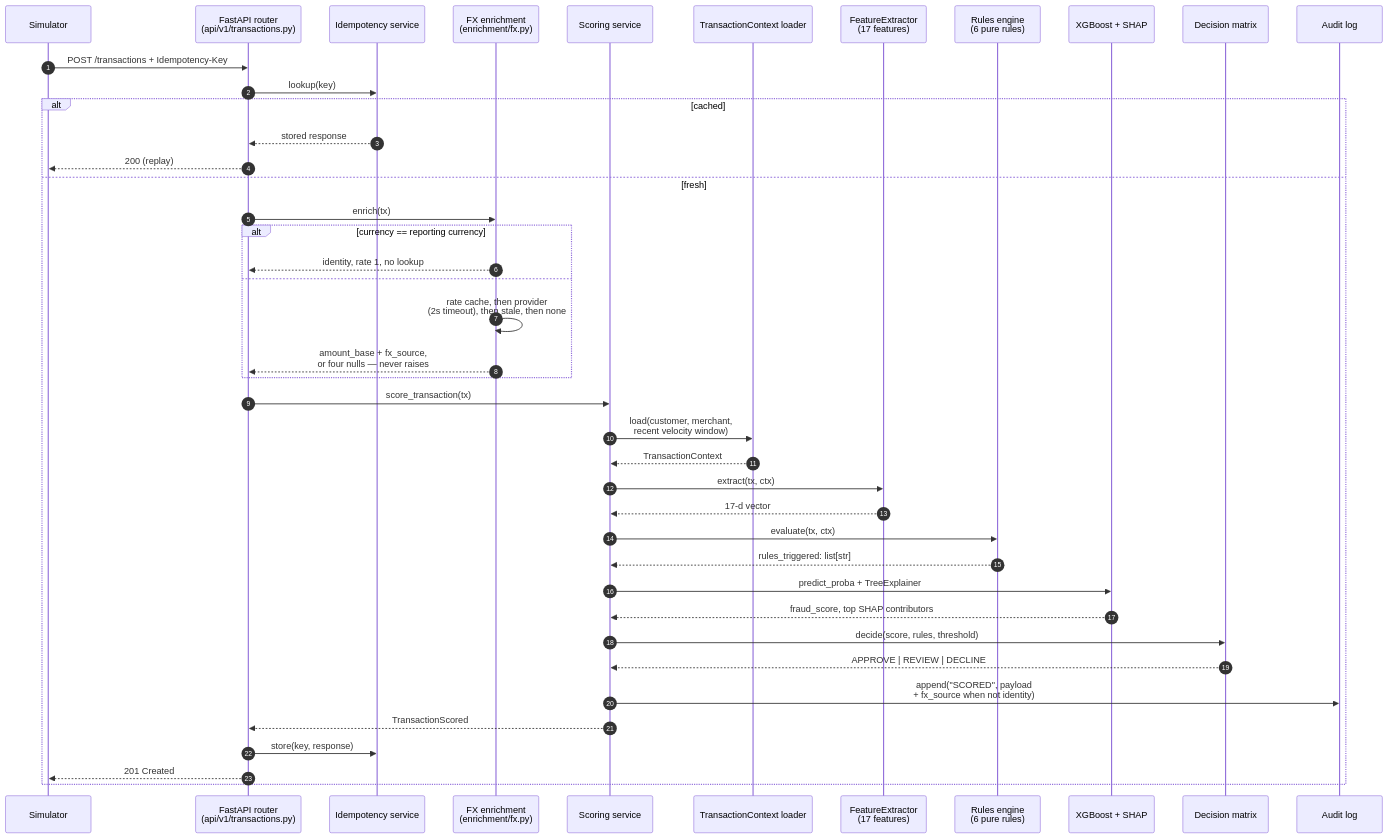
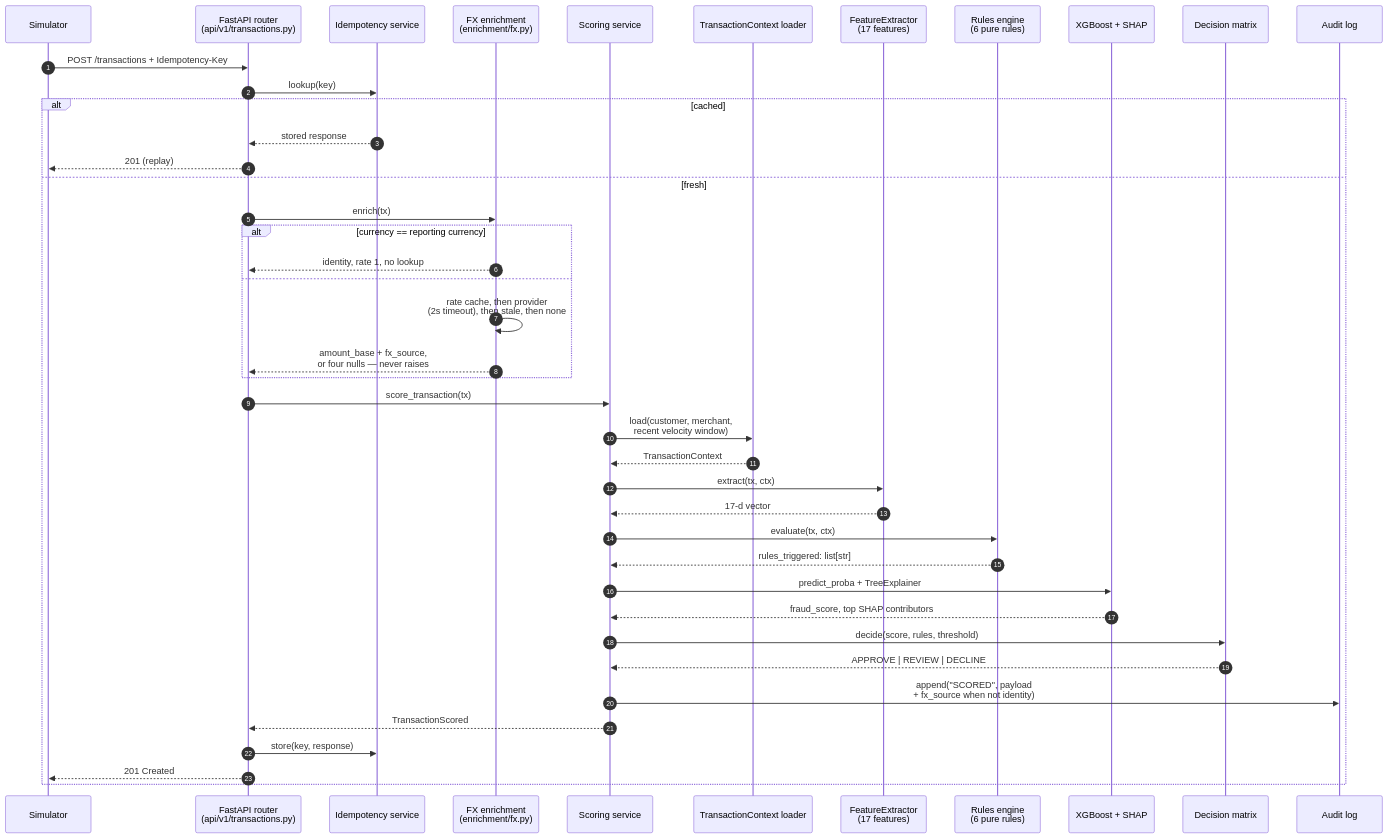
Before and after one commit to apoorvrajdev/fraud-radar: the third of 5 diagrams in docs/ARCHITECTURE.md, drawn with Mermaid. The commit also changed 1 other file, not shown here.

Commit message:
docs: state the 201 status of an idempotent replay
The request-path diagram and the Phase 3 ADR's API surface described
the replay as a 200. The router has always echoed the status recorded
with the cached body, which is the original 201, and the endpoint tests
assert that. The ADR's own flow description a few lines down already
said 201, so the two passages contradicted each other.

````diff
--- a/docs/ARCHITECTURE.md
+++ b/docs/ARCHITECTURE.md
@@ -75,45 +75,45 @@
 ```mermaid
 sequenceDiagram
     autonumber
     participant SIM as Simulator
     participant API as FastAPI router<br/>(api/v1/transactions.py)
     participant IDEM as Idempotency service
     participant FX as FX enrichment<br/>(enrichment/fx.py)
     participant SCORE as Scoring service
     participant CTX as TransactionContext loader
     participant FEAT as FeatureExtractor<br/>(17 features)
     participant RULES as Rules engine<br/>(6 pure rules)
     participant ML as XGBoost + SHAP
     participant DEC as Decision matrix
     participant AUD as Audit log
 
     SIM->>API: POST /transactions + Idempotency-Key
     API->>IDEM: lookup(key)
     alt cached
         IDEM-->>API: stored response
-        API-->>SIM: 200 (replay)
+        API-->>SIM: 201 (replay)
     else fresh
         API->>FX: enrich(tx)
         alt currency == reporting currency
             FX-->>API: identity, rate 1, no lookup
         else
             FX->>FX: rate cache, then provider<br/>(2s timeout), then stale, then none
             FX-->>API: amount_base + fx_source,<br/>or four nulls — never raises
         end
         API->>SCORE: score_transaction(tx)
         SCORE->>CTX: load(customer, merchant,<br/>recent velocity window)
         CTX-->>SCORE: TransactionContext
         SCORE->>FEAT: extract(tx, ctx)
         FEAT-->>SCORE: 17-d vector
         SCORE->>RULES: evaluate(tx, ctx)
         RULES-->>SCORE: rules_triggered: list[str]
         SCORE->>ML: predict_proba + TreeExplainer
         ML-->>SCORE: fraud_score, top SHAP contributors
         SCORE->>DEC: decide(score, rules, threshold)
         DEC-->>SCORE: APPROVE | REVIEW | DECLINE
         SCORE->>AUD: append("SCORED", payload<br/>+ fx_source when not identity)
         SCORE-->>API: TransactionScored
         API->>IDEM: store(key, response)
         API-->>SIM: 201 Created
     end
 ```
````
